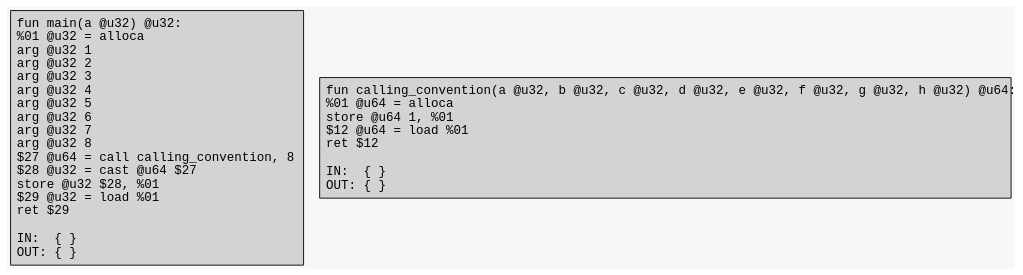
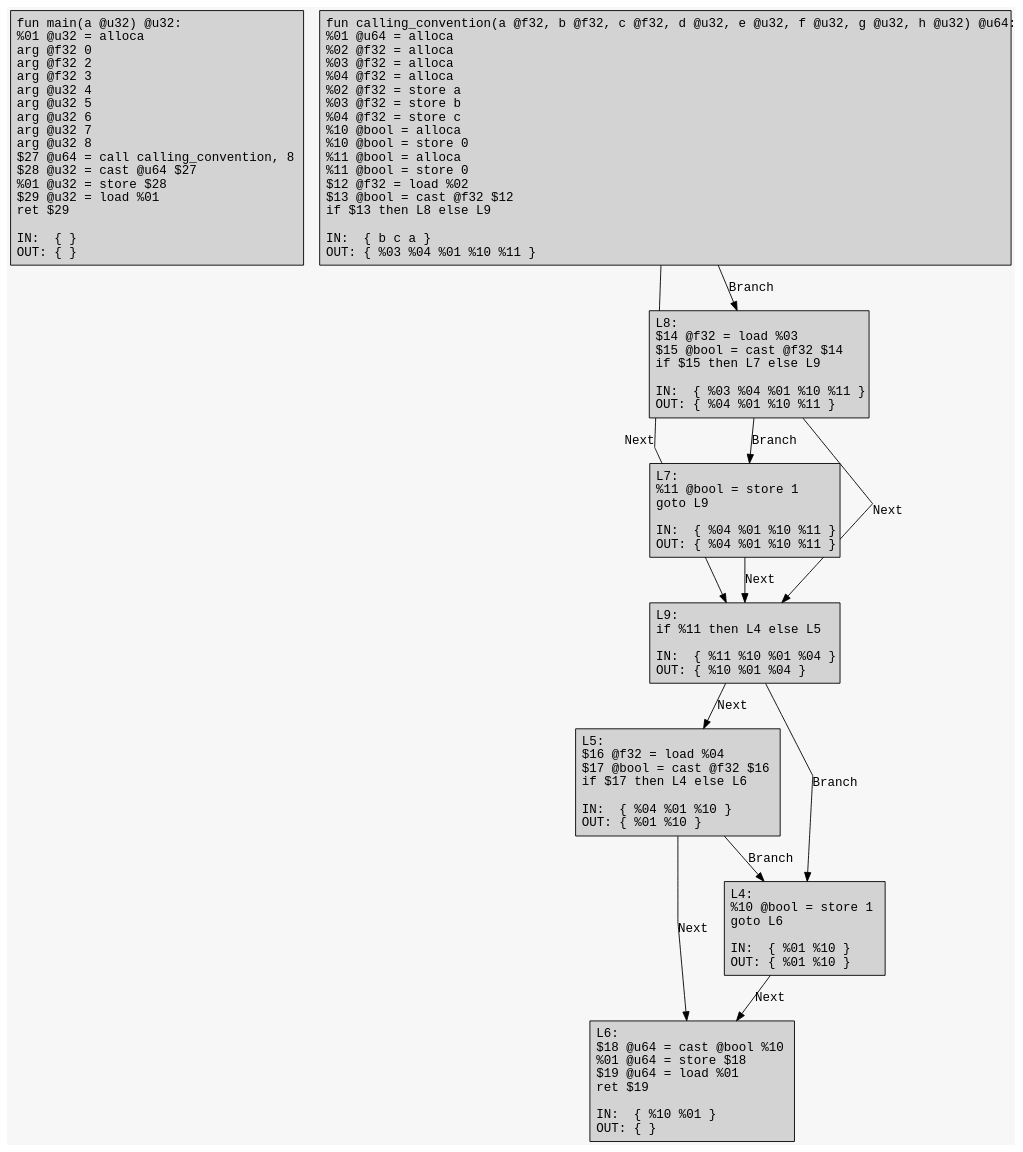
One commit to ArkoiSystems/arkoi_language changed the diagram in example/cc/cc.dot. Above: the diagram before and after it, drawn with Graphviz. The commit also changed 12 other files, not shown here.

```diff
--- a/example/cc/cc.dot
+++ b/example/cc/cc.dot
@@ -1,10 +1,26 @@
 digraph CFG {
 	graph [fontname = "Monospace"];
 	node  [fontname = "Monospace", shape=box, style=filled, margin=0.1];
 	edge  [fontname = "Monospace"];
 	bgcolor = "#f7f7f7";
 	splines = false;
 
-	L0 [label="fun main(a @u32) @u32:\l %01 @u32 = alloca\l arg @u32 1\l arg @u32 2\l arg @u32 3\l arg @u32 4\l arg @u32 5\l arg @u32 6\l arg @u32 7\l arg @u32 8\l $27 @u64 = call calling_convention, 8\l $28 @u32 = cast @u64 $27\l store @u32 $28, %01\l $29 @u32 = load %01\l ret $29\l\lIN:  { }\lOUT: { }\l"];
-	L2 [label="fun calling_convention(a @u32, b @u32, c @u32, d @u32, e @u32, f @u32, g @u32, h @u32) @u64:\l %01 @u64 = alloca\l store @u64 1, %01\l $12 @u64 = load %01\l ret $12\l\lIN:  { }\lOUT: { }\l"];
+	L0 [label="fun main(a @u32) @u32:\l %01 @u32 = alloca\l arg @f32 0\l arg @f32 2\l arg @f32 3\l arg @u32 4\l arg @u32 5\l arg @u32 6\l arg @u32 7\l arg @u32 8\l $27 @u64 = call calling_convention, 8\l $28 @u32 = cast @u64 $27\l %01 @u32 = store $28\l $29 @u32 = load %01\l ret $29\l\lIN:  { }\lOUT: { }\l"];
+	L2 [label="fun calling_convention(a @f32, b @f32, c @f32, d @u32, e @u32, f @u32, g @u32, h @u32) @u64:\l %01 @u64 = alloca\l %02 @f32 = alloca\l %03 @f32 = alloca\l %04 @f32 = alloca\l %02 @f32 = store a\l %03 @f32 = store b\l %04 @f32 = store c\l %10 @bool = alloca\l %10 @bool = store 0\l %11 @bool = alloca\l %11 @bool = store 0\l $12 @f32 = load %02\l $13 @bool = cast @f32 $12\l if $13 then L8 else L9\l\lIN:  { b c a }\lOUT: { %03 %04 %01 %10 %11 }\l"];
+	L2 -> L9 [label="Next"];
+	L2 -> L8 [label="Branch"];
+	L8 [label="L8:\l $14 @f32 = load %03\l $15 @bool = cast @f32 $14\l if $15 then L7 else L9\l\lIN:  { %03 %04 %01 %10 %11 }\lOUT: { %04 %01 %10 %11 }\l"];
+	L8 -> L9 [label="Next"];
+	L8 -> L7 [label="Branch"];
+	L7 [label="L7:\l %11 @bool = store 1\l goto L9\l\lIN:  { %04 %01 %10 %11 }\lOUT: { %04 %01 %10 %11 }\l"];
+	L7 -> L9 [label="Next"];
+	L9 [label="L9:\l if %11 then L4 else L5\l\lIN:  { %11 %10 %01 %04 }\lOUT: { %10 %01 %04 }\l"];
+	L9 -> L5 [label="Next"];
+	L9 -> L4 [label="Branch"];
+	L4 [label="L4:\l %10 @bool = store 1\l goto L6\l\lIN:  { %01 %10 }\lOUT: { %01 %10 }\l"];
+	L4 -> L6 [label="Next"];
+	L5 [label="L5:\l $16 @f32 = load %04\l $17 @bool = cast @f32 $16\l if $17 then L4 else L6\l\lIN:  { %04 %01 %10 }\lOUT: { %01 %10 }\l"];
+	L5 -> L6 [label="Next"];
+	L5 -> L4 [label="Branch"];
+	L6 [label="L6:\l $18 @u64 = cast @bool %10\l %01 @u64 = store $18\l $19 @u64 = load %01\l ret $19\l\lIN:  { %10 %01 }\lOUT: { }\l"];
 }
```
